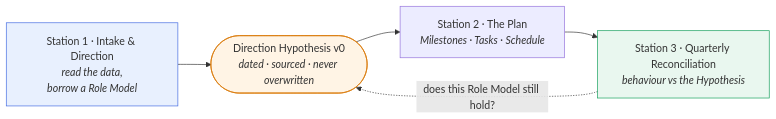
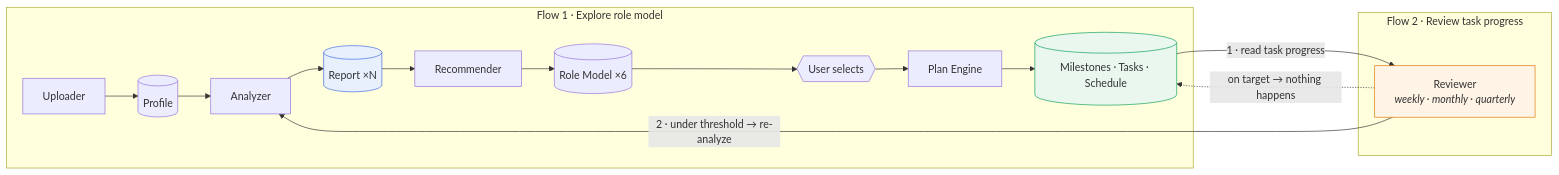
One commit to Quasar-Gang/guru-design changed the first of 6 diagrams in SYSTEM-DESIGN.md. Above: the diagram before and after it, drawn with Mermaid. The commit also changed other lines of this file and 9 other files, not shown here.

First line of the commit message:
docs: restructure around the two-flow concept, adopt the submission template

````diff
--- a/SYSTEM-DESIGN.md
+++ b/SYSTEM-DESIGN.md
@@ -30,14 +33,21 @@
 ```mermaid
 flowchart LR
-    S1["Station 1 · Intake &amp; Direction<br/><i>read the data,<br/>borrow a Role Model</i>"]
-    H(["Direction Hypothesis v0<br/><i>dated · sourced · never overwritten</i>"])
-    S2["Station 2 · The Plan<br/><i>Milestones · Tasks · Schedule</i>"]
-    S3["Station 3 · Quarterly Reconciliation<br/><i>behaviour vs the Hypothesis</i>"]
+    subgraph f1 ["Flow 1 · Explore role model"]
+        UP["Uploader"] --> PR[("Profile")] --> AN["Analyzer"]
+        AN --> RP[("Report ×N")] --> RC["Recommender"]
+        RC --> RM[("Role Model ×6")] --> SEL{{"User selects"}}
+        SEL --> PE["Plan Engine"] --> PL[("Milestones · Tasks · Schedule")]
+    end
 
-    S1 --> H --> S2 --> S3
-    S3 -. "does this Role Model still hold?" .-> H
+    subgraph f2 ["Flow 2 · Review task progress"]
+        RV["Reviewer<br/><i>weekly · monthly · quarterly</i>"]
+    end
 
-    style S1 fill:#e8f0fe,stroke:#4169E1
-    style H  fill:#fff4e5,stroke:#D97706
-    style S3 fill:#e9f7ef,stroke:#0F9D58
+    PL -->|"1 · read task progress"| RV
+    RV -->|"2 · under threshold → re-analyze"| AN
+    RV -.->|"on target → nothing happens"| PL
+
+    style RV fill:#fff4e5,stroke:#D97706
+    style RP fill:#e8f0fe,stroke:#4169E1
+    style PL fill:#e9f7ef,stroke:#0F9D58
 ```
````
